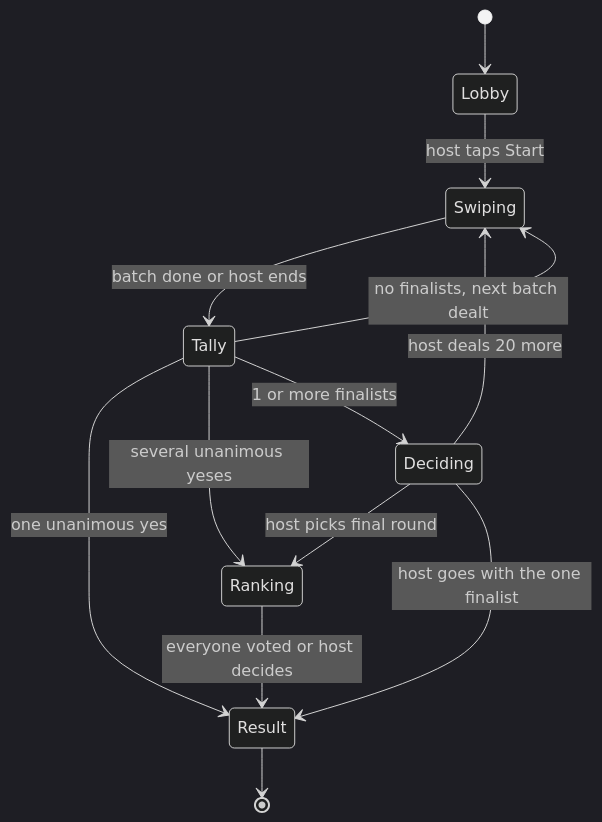
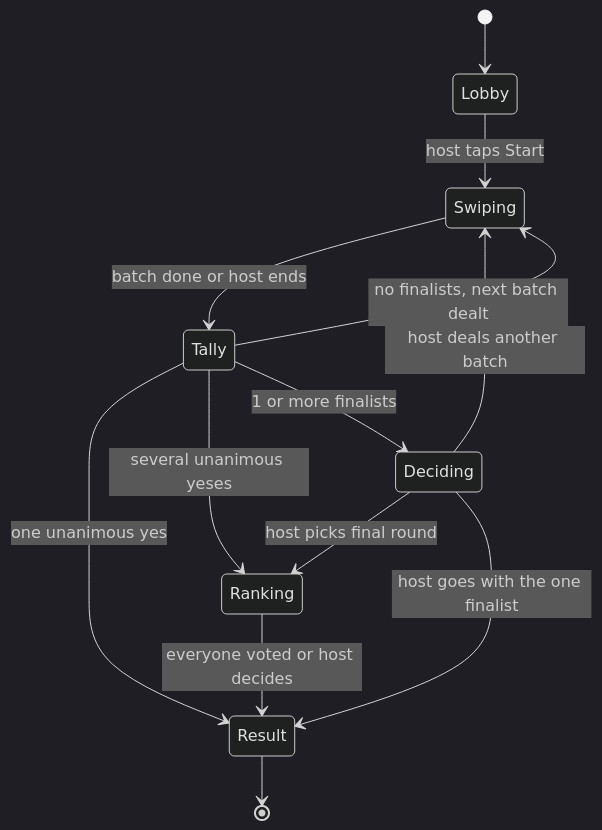
Before and after one commit to DarrenA339/restaurant-picker: the diagram in docs/SPEC.md, drawn with Mermaid (dark theme). The commit also changed other lines of this file and 23 other files, not shown here.

````diff
--- a/docs/SPEC.md
+++ b/docs/SPEC.md
@@ -117,15 +118,15 @@
 ```mermaid
 stateDiagram-v2
     [*] --> Lobby
     Lobby --> Swiping: host taps Start
     Swiping --> Tally: batch done or host ends
     Tally --> Result: one unanimous yes
     Tally --> Ranking: several unanimous yeses
     Tally --> Deciding: 1 or more finalists
     Tally --> Swiping: no finalists, next batch dealt
     Deciding --> Ranking: host picks final round
     Deciding --> Result: host goes with the one finalist
-    Deciding --> Swiping: host deals 20 more
+    Deciding --> Swiping: host deals another batch
     Ranking --> Result: everyone voted or host decides
     Result --> [*]
 ```
````
